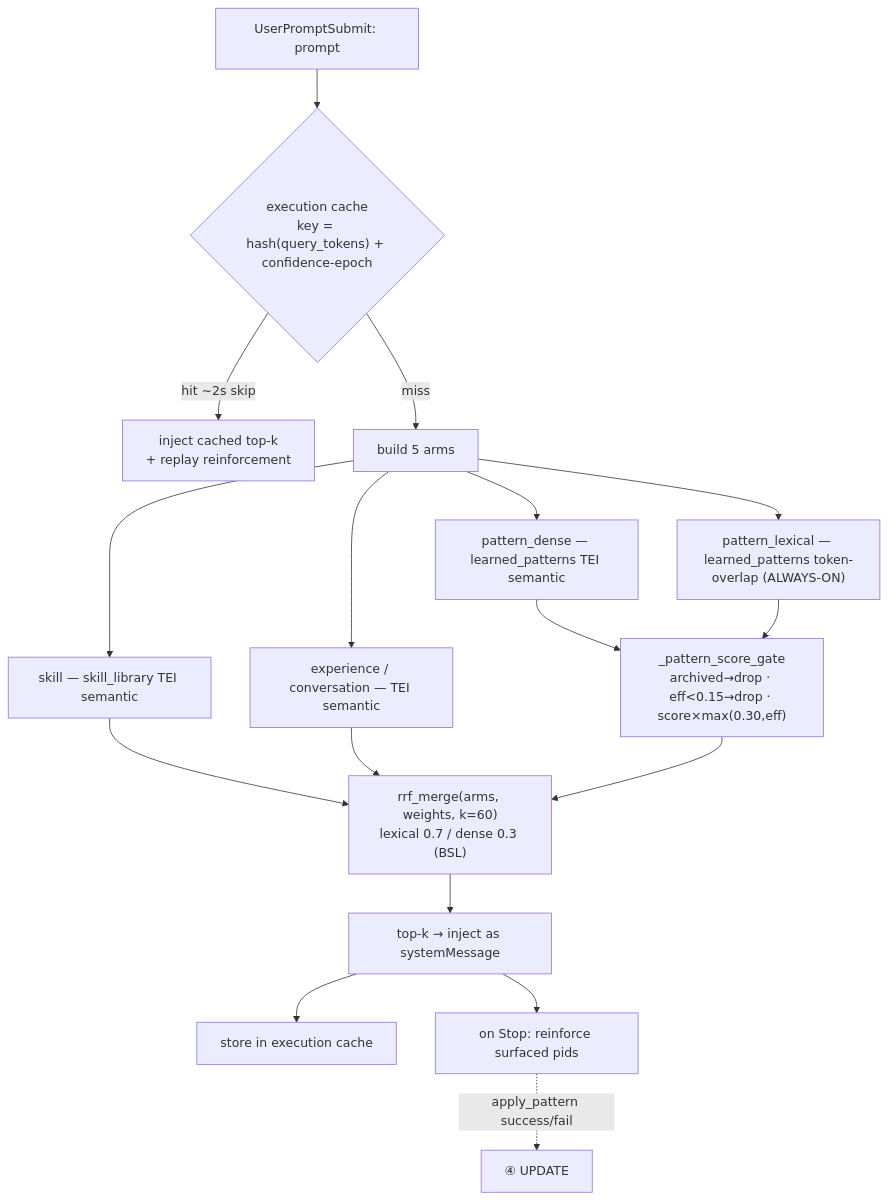
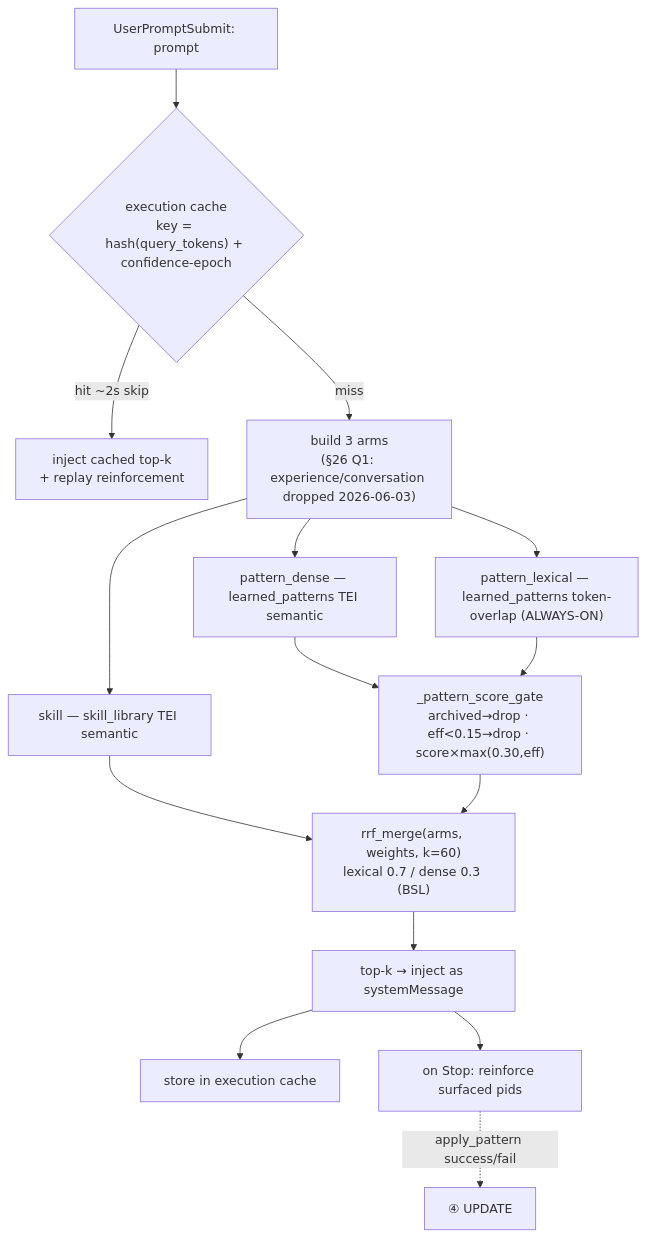
Before and after one commit to Alex1980Alex/1C-Framework: the seventh of 10 diagrams in docs/framework documentation/27_UNIFIED_MEMORY/27.11_Pattern_Lifecycle.md, drawn with Mermaid.

Commit message:
chore: auto-save 27.11_Pattern_Lifecycle.md

````diff
--- a/docs/framework documentation/27_UNIFIED_MEMORY/27.11_Pattern_Lifecycle.md
+++ b/docs/framework documentation/27_UNIFIED_MEMORY/27.11_Pattern_Lifecycle.md
@@ -132,19 +132,17 @@
 ```mermaid
 flowchart TD
   P["UserPromptSubmit: prompt"] --> CK{"execution cache<br/>key = hash(query_tokens) + confidence-epoch"}
   CK -->|hit ~2s skip| INJ["inject cached top-k<br/>+ replay reinforcement"]
-  CK -->|miss| ARMS["build 5 arms"]
+  CK -->|miss| ARMS["build 3 arms<br/>(§26 Q1: experience/conversation dropped 2026-06-03)"]
   ARMS --> A1["skill — skill_library TEI semantic"]
-  ARMS --> A2["experience / conversation — TEI semantic"]
   ARMS --> A3["pattern_dense — learned_patterns TEI semantic"]
   ARMS --> A4["pattern_lexical — learned_patterns token-overlap (ALWAYS-ON)"]
   A3 --> GATE["_pattern_score_gate<br/>archived→drop · eff<0.15→drop · score×max(0.30,eff)"]
   A4 --> GATE
   A1 --> RRF
-  A2 --> RRF
   GATE --> RRF["rrf_merge(arms, weights, k=60)<br/>lexical 0.7 / dense 0.3 (BSL)"]
   RRF --> TOPK["top-k → inject as systemMessage"]
   TOPK --> CACHE["store in execution cache"]
   TOPK --> STOP["on Stop: reinforce surfaced pids"]
   STOP -.->|apply_pattern success/fail| UPD["④ UPDATE"]
 ```
````
